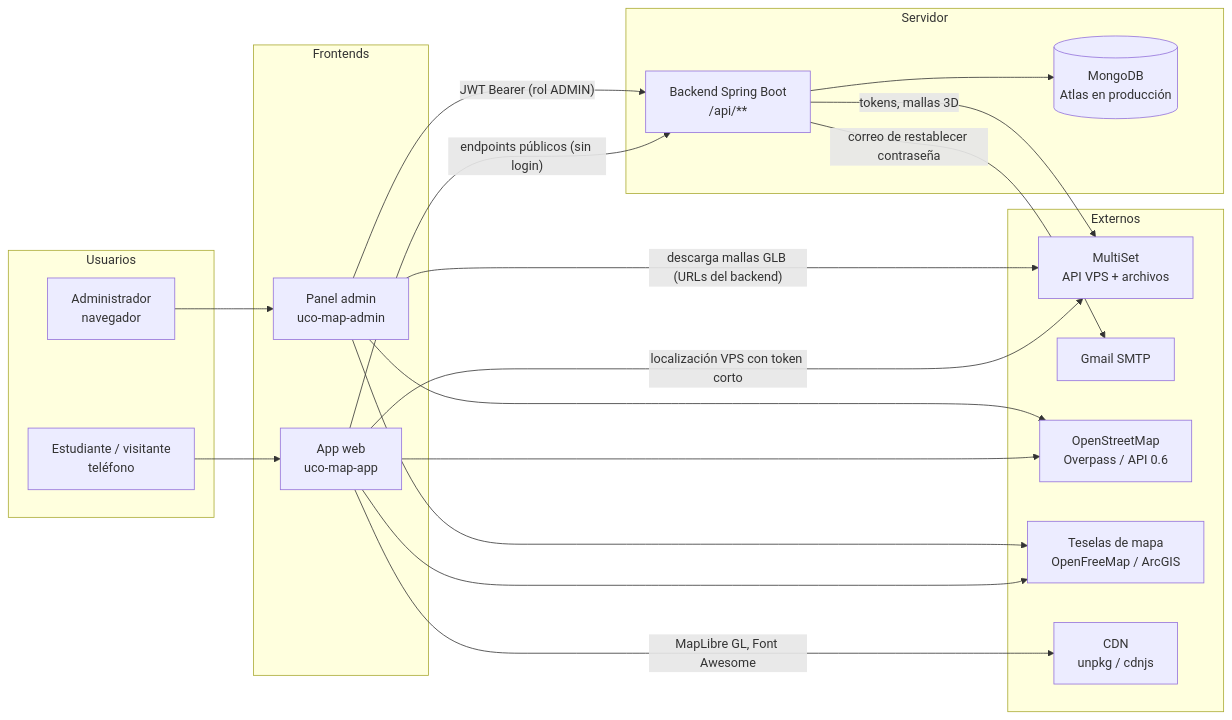
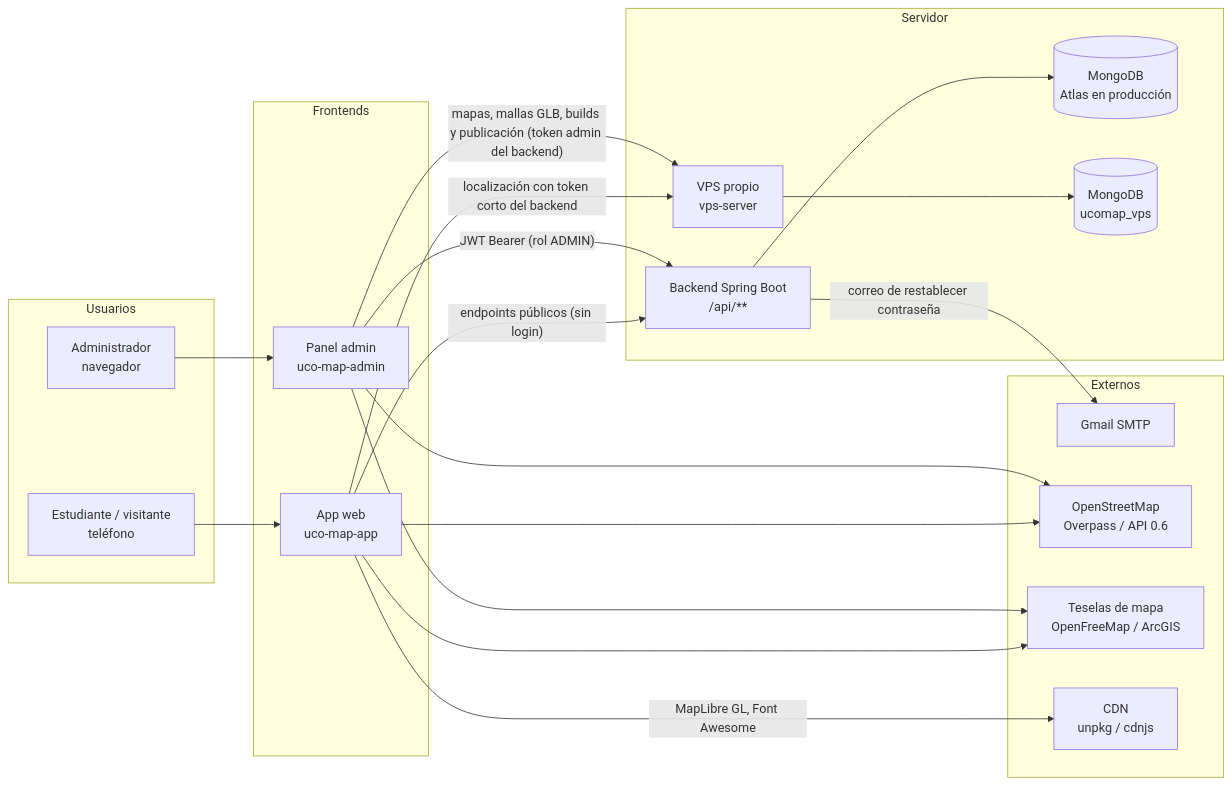
One commit to KronoIV/ms-ucoMap-backend changed the first of 3 diagrams in docs/ECOSISTEMA.md. Above: the diagram before and after it, drawn with Mermaid. The commit also changed other lines of this file and 38 other files, not shown here.

Commit message:
Quitar MultiSet y agregar tokens del VPS propio (/api/vps)

````diff
--- a/docs/ECOSISTEMA.md
+++ b/docs/ECOSISTEMA.md
@@ -34,40 +36,41 @@
 ```mermaid
 flowchart LR
     subgraph Usuarios
         EST[Estudiante / visitante<br/>teléfono]
         ADM[Administrador<br/>navegador]
     end
 
     subgraph Frontends
         APP[App web<br/>uco-map-app]
         PANEL[Panel admin<br/>uco-map-admin]
     end
 
     subgraph Servidor
         API[Backend Spring Boot<br/>/api/**]
         DB[(MongoDB<br/>Atlas en producción)]
+        VPS[VPS propio<br/>vps-server]
+        VDB[(MongoDB<br/>ucomap_vps)]
     end
 
     subgraph Externos
-        MS[MultiSet<br/>API VPS + archivos]
         SMTP[Gmail SMTP]
         OSM[OpenStreetMap<br/>Overpass / API 0.6]
         TILES[Teselas de mapa<br/>OpenFreeMap / ArcGIS]
         CDN[CDN<br/>unpkg / cdnjs]
     end
 
     EST --> APP
     ADM --> PANEL
     APP -- "endpoints públicos (sin login)" --> API
     PANEL -- "JWT Bearer (rol ADMIN)" --> API
     API --> DB
-    API -- "tokens, mallas 3D" --> MS
     API -- "correo de restablecer contraseña" --> SMTP
-    APP -- "localización VPS con token corto" --> MS
-    PANEL -- "descarga mallas GLB (URLs del backend)" --> MS
+    APP -- "localización con token corto del backend" --> VPS
+    PANEL -- "mapas, mallas GLB, builds y publicación (token admin del backend)" --> VPS
+    VPS --> VDB
     APP --> OSM
     PANEL --> OSM
     APP --> TILES
     PANEL --> TILES
     APP -- "MapLibre GL, Font Awesome" --> CDN
 ```
````
